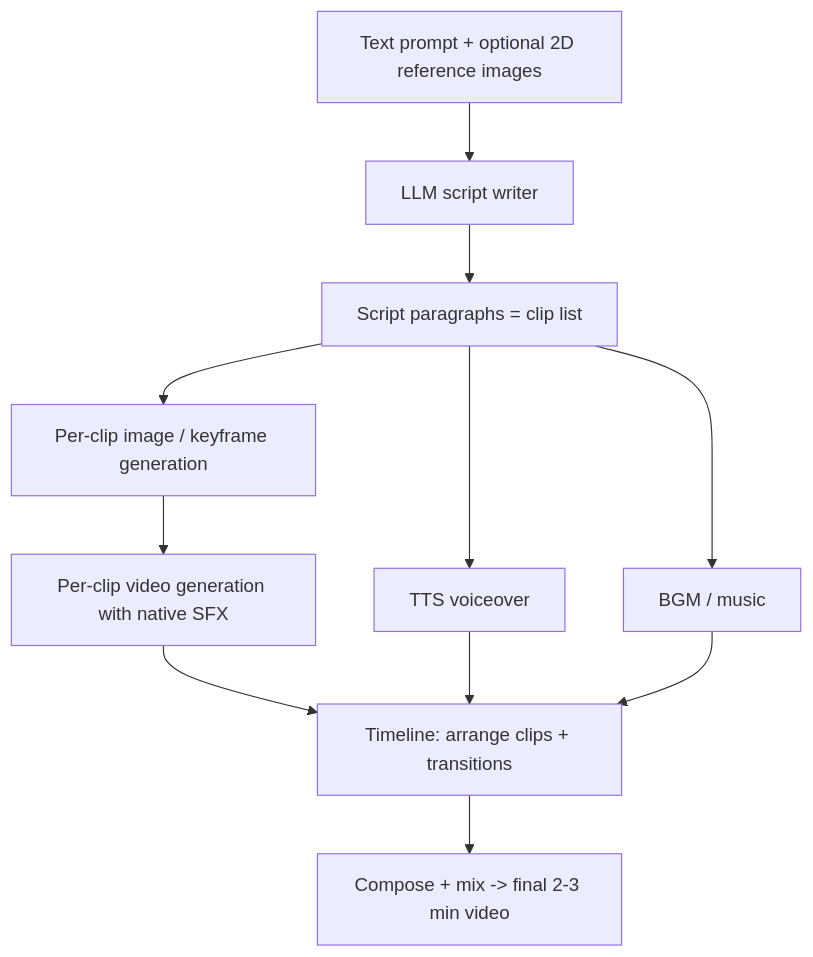
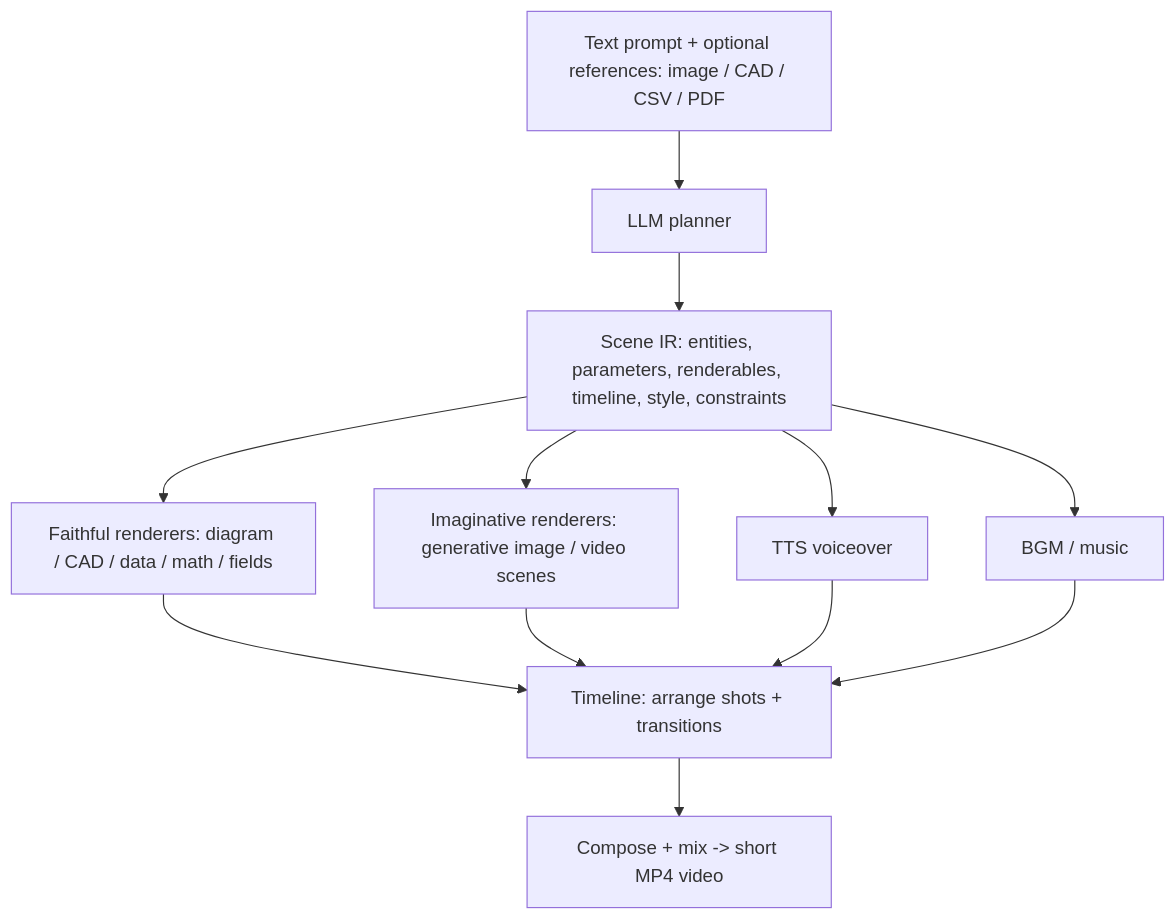
One commit to kandeng/chat2movie changed the diagram in README.md. Above: the diagram before and after it, drawn with Mermaid. The commit also changed other lines of this file, not shown here.

First line of the commit message:
docs(readme): rewrite Objective as Vidsay; expand Scene IR; drop chat2movie traces

````diff
--- a/README.md
+++ b/README.md
@@ -61,13 +166,14 @@
 ```mermaid
 graph TB
-    A[Text prompt + optional 2D reference images] --> B[LLM script writer]
-    B --> C[Script paragraphs = clip list]
-    C --> D[Per-clip image / keyframe generation]
-    D --> E[Per-clip video generation with native SFX]
+    A[Text prompt + optional references: image / CAD / CSV / PDF] --> B[LLM planner]
+    B --> C[Scene IR: entities, parameters, renderables, timeline, style, constraints]
+    C --> D[Faithful renderers: diagram / CAD / data / math / fields]
+    C --> E[Imaginative renderers: generative image / video scenes]
     C --> F[TTS voiceover]
     C --> G[BGM / music]
-    E --> H[Timeline: arrange clips + transitions]
+    D --> H[Timeline: arrange shots + transitions]
+    E --> H
     F --> H
     G --> H
-    H --> I[Compose + mix -> final 2-3 min video]
+    H --> I[Compose + mix -> short MP4 video]
 ```
````
